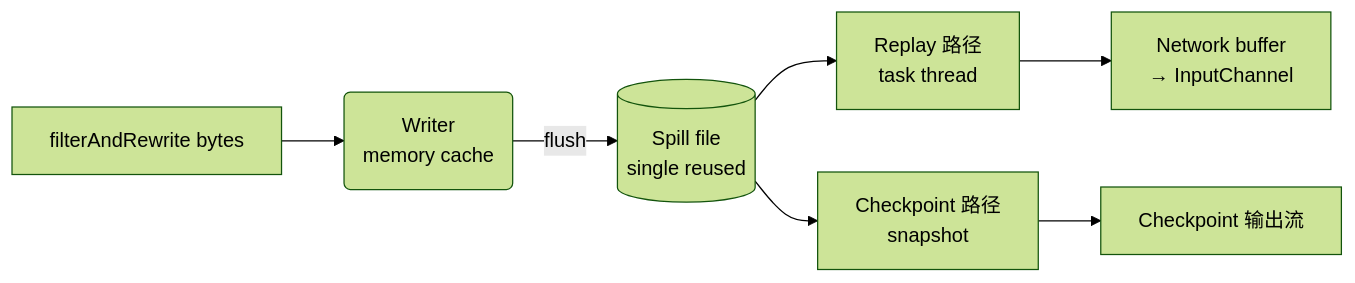
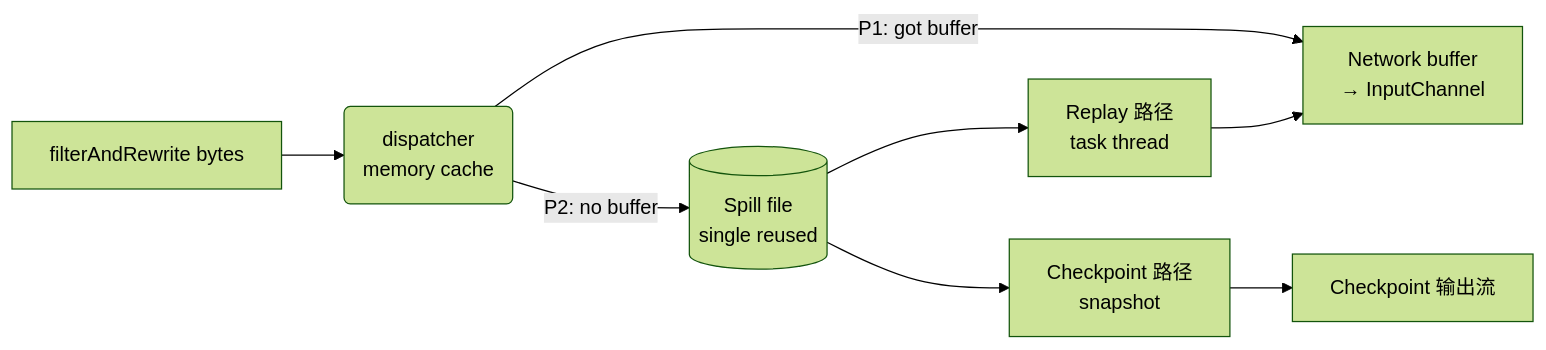
Before and after one commit to 1996fanrui/flink: the diagram in requirements/38544/architecture_overview.md, drawn with Mermaid (forest theme). The commit also changed other lines of this file and 1 other file, not shown here.

First line of the commit message:
[FLINK-38544][docs] Revise data_flow + architecture_overview for final design

````diff
--- a/requirements/38544/architecture_overview.md
+++ b/requirements/38544/architecture_overview.md
@@ -11,9 +11,10 @@
 ```mermaid
 flowchart LR
-    IN[filterAndRewrite bytes] --> W(Writer<br/>memory cache)
-    W -- flush --> D[(Spill file<br/>single reused)]
+    IN[filterAndRewrite bytes] --> W(dispatcher<br/>memory cache)
+    W -- P1: got buffer --> NB[Network buffer<br/>→ InputChannel]
+    W -- P2: no buffer --> D[(Spill file<br/>single reused)]
     D --> R1[Replay 路径<br/>task thread]
     D --> R2[Checkpoint 路径<br/>snapshot]
-    R1 --> NB[Network buffer<br/>→ InputChannel]
+    R1 --> NB
     R2 --> CP[Checkpoint 输出流]
 ```
````
